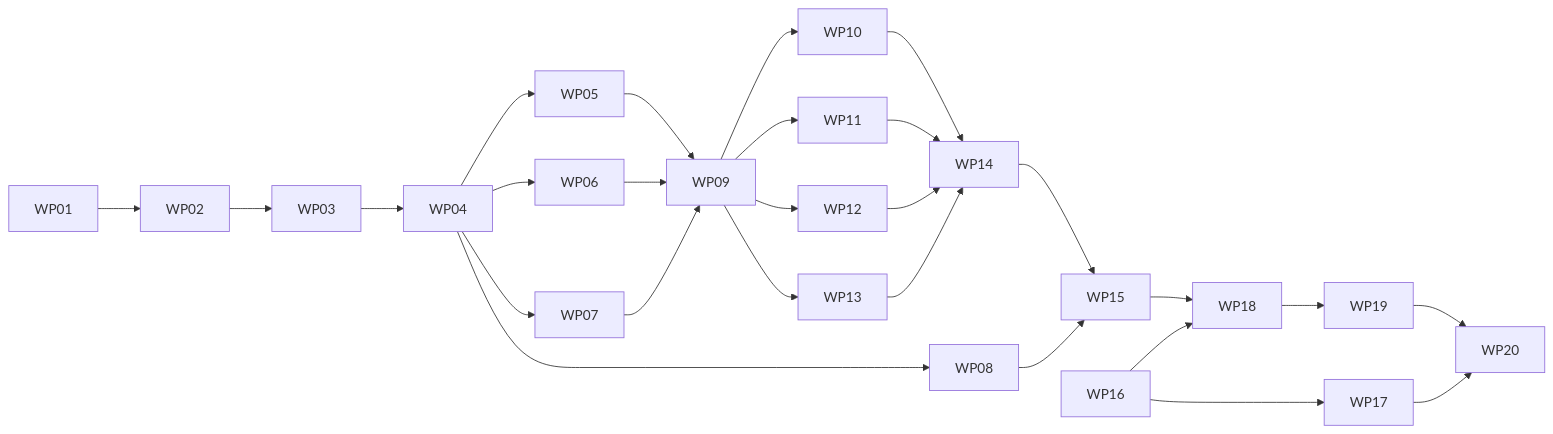
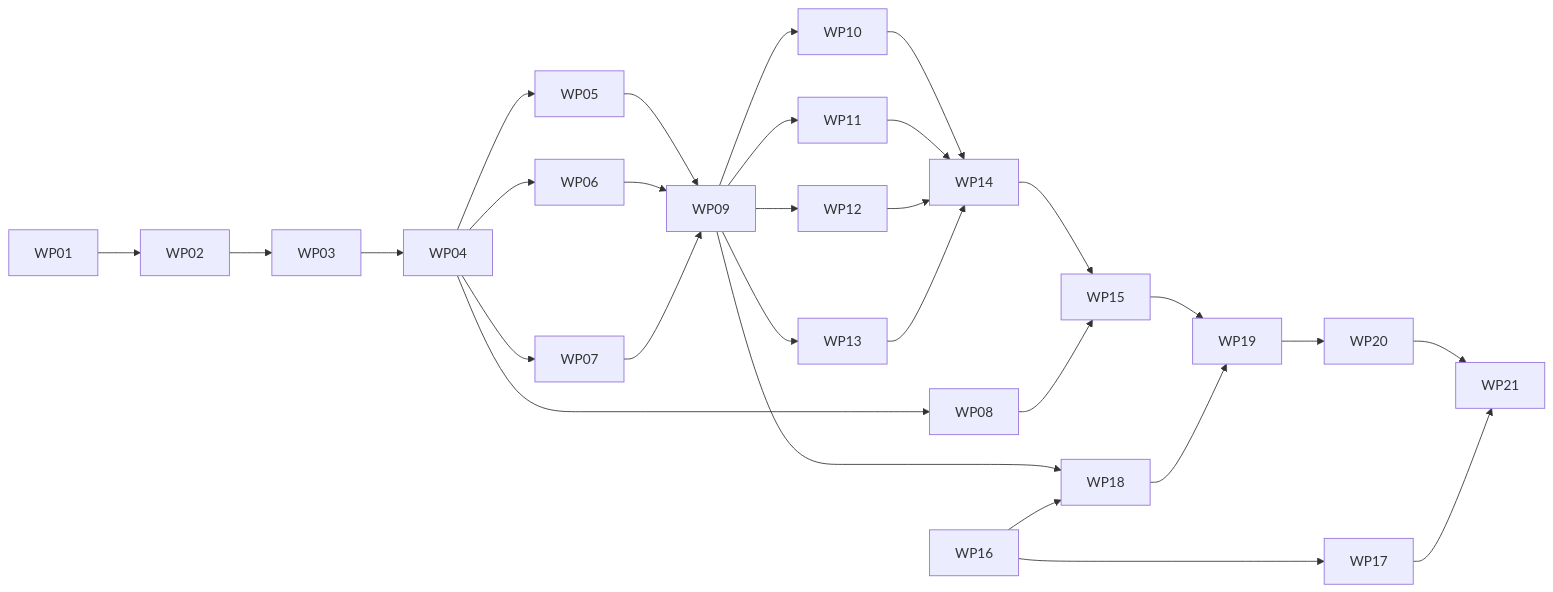
One commit to unknownlab/telos changed the second of 2 diagrams in kitty-specs/semantic-foundation-rebuild-01M5JFR0/plan.md. Above: the diagram before and after it, drawn with Mermaid. The commit also changed other lines of this file and 9 other files, not shown here.

````diff
--- a/kitty-specs/semantic-foundation-rebuild-01M5JFR0/plan.md
+++ b/kitty-specs/semantic-foundation-rebuild-01M5JFR0/plan.md
@@ -145,12 +145,13 @@
 ```mermaid
 flowchart LR
   WP01 --> WP02 --> WP03 --> WP04
   WP04 --> WP05 & WP06 & WP07 & WP08
   WP05 & WP06 & WP07 --> WP09
   WP09 --> WP10 & WP11 & WP12 & WP13
   WP10 & WP11 & WP12 & WP13 --> WP14
   WP14 & WP08 --> WP15
   WP16 --> WP17
-  WP15 & WP16 --> WP18 --> WP19
-  WP19 & WP17 --> WP20
+  WP09 & WP16 --> WP18
+  WP15 & WP18 --> WP19 --> WP20
+  WP20 & WP17 --> WP21
 ```
````
